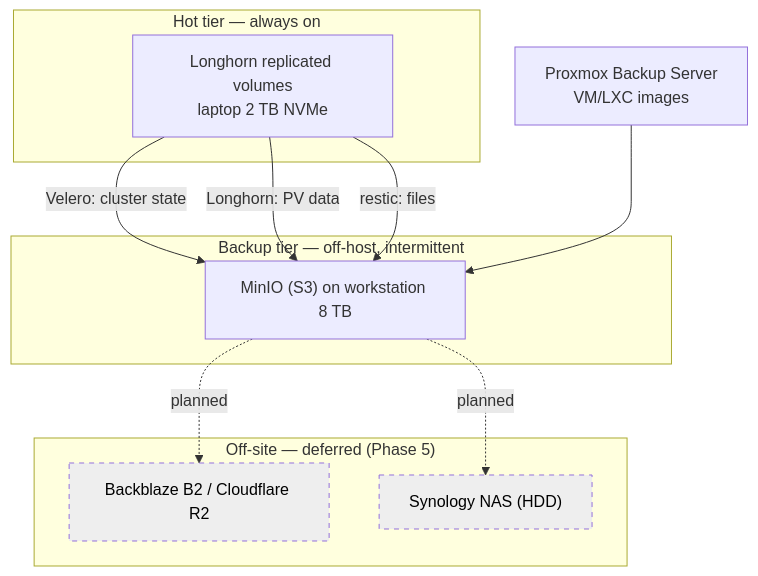
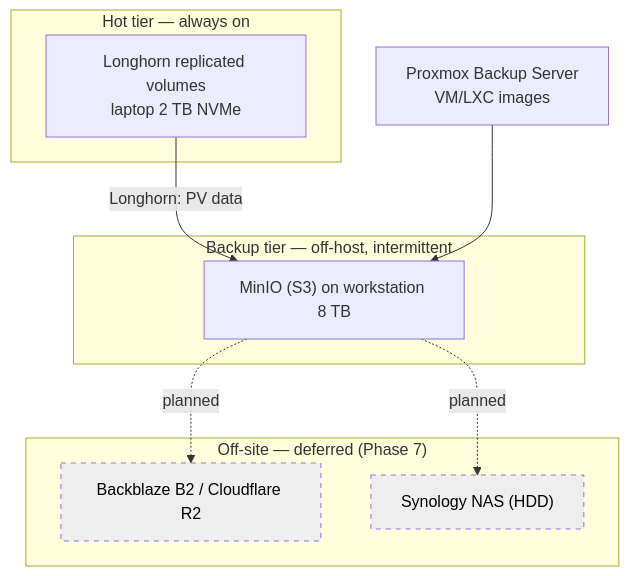
The fourth of 4 diagrams in README.md (aalhabli/iac-kubernetes-homelab), drawn with Mermaid before and after one commit. The commit also changed other lines of this file and 1 other file, not shown here.

First line of the commit message:
docs: apply audit fixes to README and roadmap

````diff
--- a/README.md
+++ b/README.md
@@ -183,23 +147,21 @@
 ```mermaid
 graph TB
     subgraph hot["Hot tier — always on"]
         lh["Longhorn replicated volumes<br/>laptop 2 TB NVMe"]
     end
     subgraph cold["Backup tier — off-host, intermittent"]
         minio["MinIO (S3) on workstation 8 TB"]
     end
-    subgraph offsite["Off-site — deferred (Phase 5)"]
+    subgraph offsite["Off-site — deferred (Phase 7)"]
         cloud["Backblaze B2 / Cloudflare R2"]
         nas["Synology NAS (HDD)"]
     end
 
-    lh -->|Velero: cluster state| minio
     lh -->|Longhorn: PV data| minio
-    lh -->|restic: files| minio
     pbs["Proxmox Backup Server<br/>VM/LXC images"] --> minio
     minio -.planned.-> cloud
     minio -.planned.-> nas
 
     classDef plan stroke-dasharray: 5 5,fill:#eee,color:#000;
     class cloud,nas plan;
 ```
````
